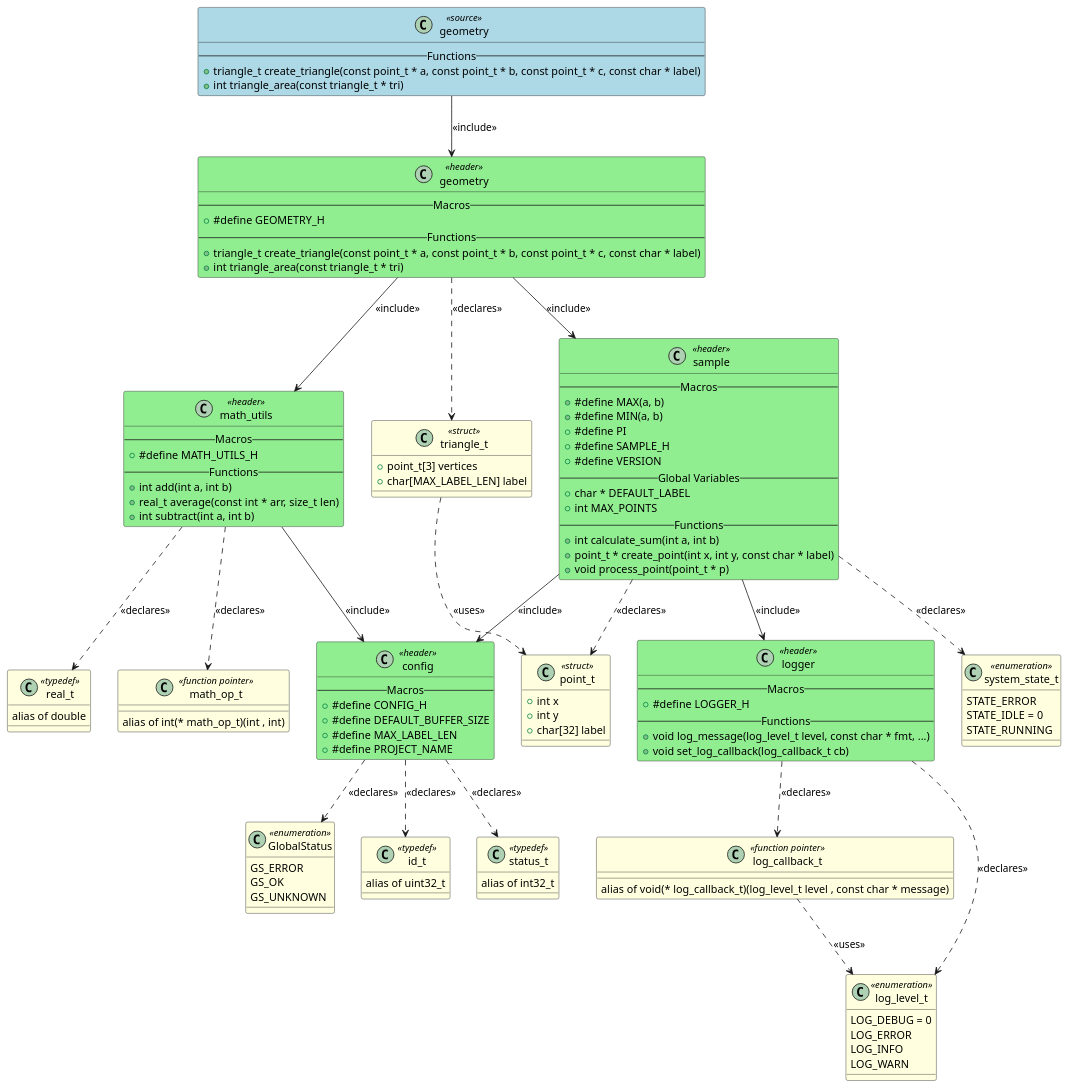
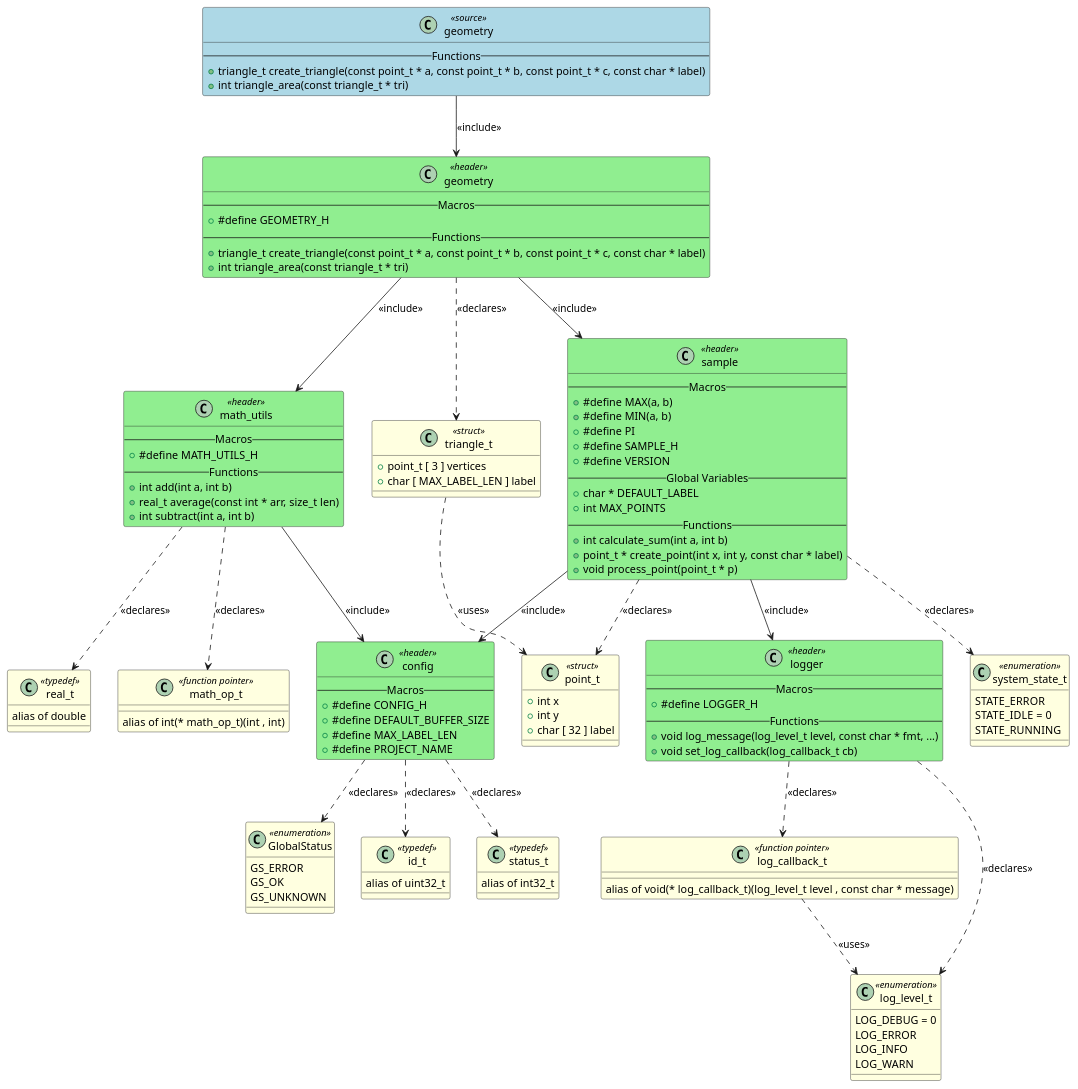
Before and after one commit to fischerjooo/c2puml: the diagram in artifacts/output_example/geometry.puml, drawn with PlantUML. The commit also changed 10 other files, not shown here.

```diff
--- a/artifacts/output_example/geometry.puml
+++ b/artifacts/output_example/geometry.puml
@@ -1,149 +1,149 @@
 @startuml geometry
 
 class "geometry" as GEOMETRY <<source>> #LightBlue
 {
     -- Functions --
     + triangle_t create_triangle(const point_t * a, const point_t * b, const point_t * c, const char * label)
     + int triangle_area(const triangle_t * tri)
 }
 
 class "config" as HEADER_CONFIG <<header>> #LightGreen
 {
     -- Macros --
     + #define CONFIG_H
     + #define DEFAULT_BUFFER_SIZE
     + #define MAX_LABEL_LEN
     + #define PROJECT_NAME
 }
 
 class "geometry" as HEADER_GEOMETRY <<header>> #LightGreen
 {
     -- Macros --
     + #define GEOMETRY_H
     -- Functions --
     + triangle_t create_triangle(const point_t * a, const point_t * b, const point_t * c, const char * label)
     + int triangle_area(const triangle_t * tri)
 }
 
 class "logger" as HEADER_LOGGER <<header>> #LightGreen
 {
     -- Macros --
     + #define LOGGER_H
     -- Functions --
     + void log_message(log_level_t level, const char * fmt, ...)
     + void set_log_callback(log_callback_t cb)
 }
 
 class "math_utils" as HEADER_MATH_UTILS <<header>> #LightGreen
 {
     -- Macros --
     + #define MATH_UTILS_H
     -- Functions --
     + int add(int a, int b)
     + real_t average(const int * arr, size_t len)
     + int subtract(int a, int b)
 }
 
 class "sample" as HEADER_SAMPLE <<header>> #LightGreen
 {
     -- Macros --
     + #define MAX(a, b)
     + #define MIN(a, b)
     + #define PI
     + #define SAMPLE_H
     + #define VERSION
     -- Global Variables --
     + char * DEFAULT_LABEL
     + int MAX_POINTS
     -- Functions --
     + int calculate_sum(int a, int b)
     + point_t * create_point(int x, int y, const char * label)
     + void process_point(point_t * p)
 }
 
 class "GlobalStatus" as TYPEDEF_GLOBALSTATUS <<enumeration>> #LightYellow
 {
     GS_ERROR
     GS_OK
     GS_UNKNOWN
 }
 
 class "id_t" as TYPEDEF_ID_T <<typedef>> #LightYellow
 {
     alias of uint32_t
 }
 
 class "status_t" as TYPEDEF_STATUS_T <<typedef>> #LightYellow
 {
     alias of int32_t
 }
 
 class "triangle_t" as TYPEDEF_TRIANGLE_T <<struct>> #LightYellow
 {
-    + point_t[3] vertices
-    + char[MAX_LABEL_LEN] label
+    + point_t [ 3 ] vertices
+    + char [ MAX_LABEL_LEN ] label
 }
 
 class "log_level_t" as TYPEDEF_LOG_LEVEL_T <<enumeration>> #LightYellow
 {
     LOG_DEBUG = 0
     LOG_ERROR
     LOG_INFO
     LOG_WARN
 }
 
 class "log_callback_t" as TYPEDEF_LOG_CALLBACK_T <<function pointer>> #LightYellow
 {
     alias of void(* log_callback_t)(log_level_t level , const char * message)
 }
 
 class "math_op_t" as TYPEDEF_MATH_OP_T <<function pointer>> #LightYellow
 {
     alias of int(* math_op_t)(int , int)
 }
 
 class "real_t" as TYPEDEF_REAL_T <<typedef>> #LightYellow
 {
     alias of double
 }
 
 class "point_t" as TYPEDEF_POINT_T <<struct>> #LightYellow
 {
     + int x
     + int y
-    + char[32] label
+    + char [ 32 ] label
 }
 
 class "system_state_t" as TYPEDEF_SYSTEM_STATE_T <<enumeration>> #LightYellow
 {
     STATE_ERROR
     STATE_IDLE = 0
     STATE_RUNNING
 }
 
 
 ' Include relationships
 GEOMETRY --> HEADER_GEOMETRY : <<include>>
 HEADER_GEOMETRY --> HEADER_MATH_UTILS : <<include>>
 HEADER_GEOMETRY --> HEADER_SAMPLE : <<include>>
 HEADER_MATH_UTILS --> HEADER_CONFIG : <<include>>
 HEADER_SAMPLE --> HEADER_CONFIG : <<include>>
 HEADER_SAMPLE --> HEADER_LOGGER : <<include>>
 
 ' Declaration relationships
 HEADER_CONFIG ..> TYPEDEF_GLOBALSTATUS : <<declares>>
 HEADER_CONFIG ..> TYPEDEF_ID_T : <<declares>>
 HEADER_CONFIG ..> TYPEDEF_STATUS_T : <<declares>>
 HEADER_GEOMETRY ..> TYPEDEF_TRIANGLE_T : <<declares>>
 HEADER_LOGGER ..> TYPEDEF_LOG_LEVEL_T : <<declares>>
 HEADER_LOGGER ..> TYPEDEF_LOG_CALLBACK_T : <<declares>>
 HEADER_MATH_UTILS ..> TYPEDEF_MATH_OP_T : <<declares>>
 HEADER_MATH_UTILS ..> TYPEDEF_REAL_T : <<declares>>
 HEADER_SAMPLE ..> TYPEDEF_POINT_T : <<declares>>
 HEADER_SAMPLE ..> TYPEDEF_SYSTEM_STATE_T : <<declares>>
 
 ' Uses relationships
 TYPEDEF_TRIANGLE_T ..> TYPEDEF_POINT_T : <<uses>>
 TYPEDEF_LOG_CALLBACK_T ..> TYPEDEF_LOG_LEVEL_T : <<uses>>
 
 @enduml
```
